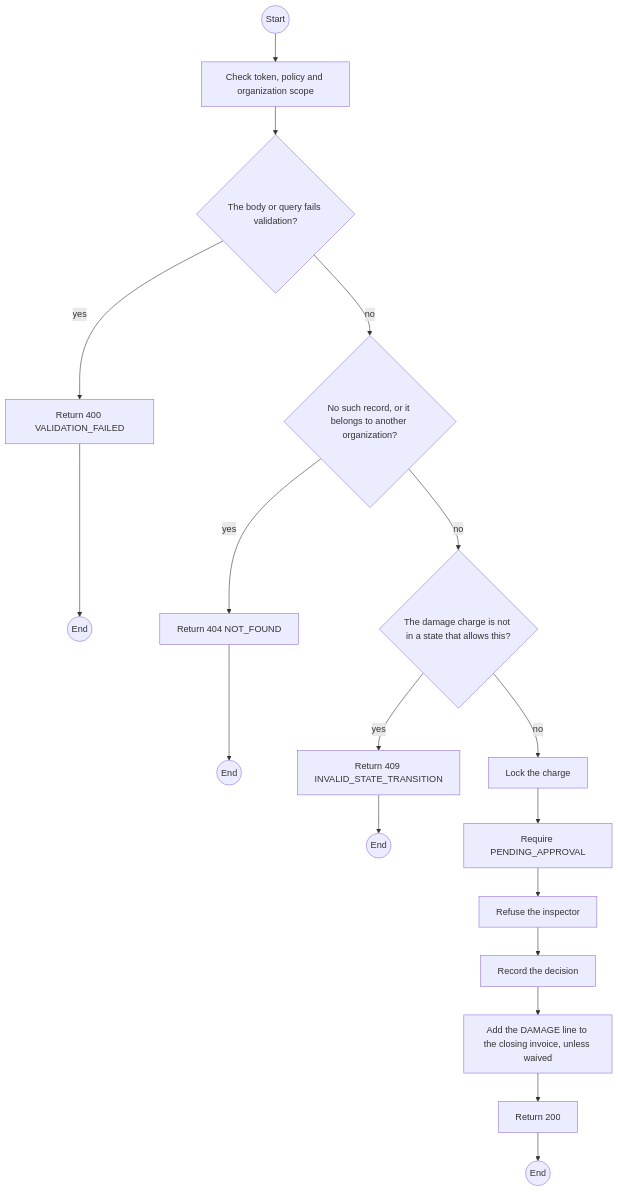
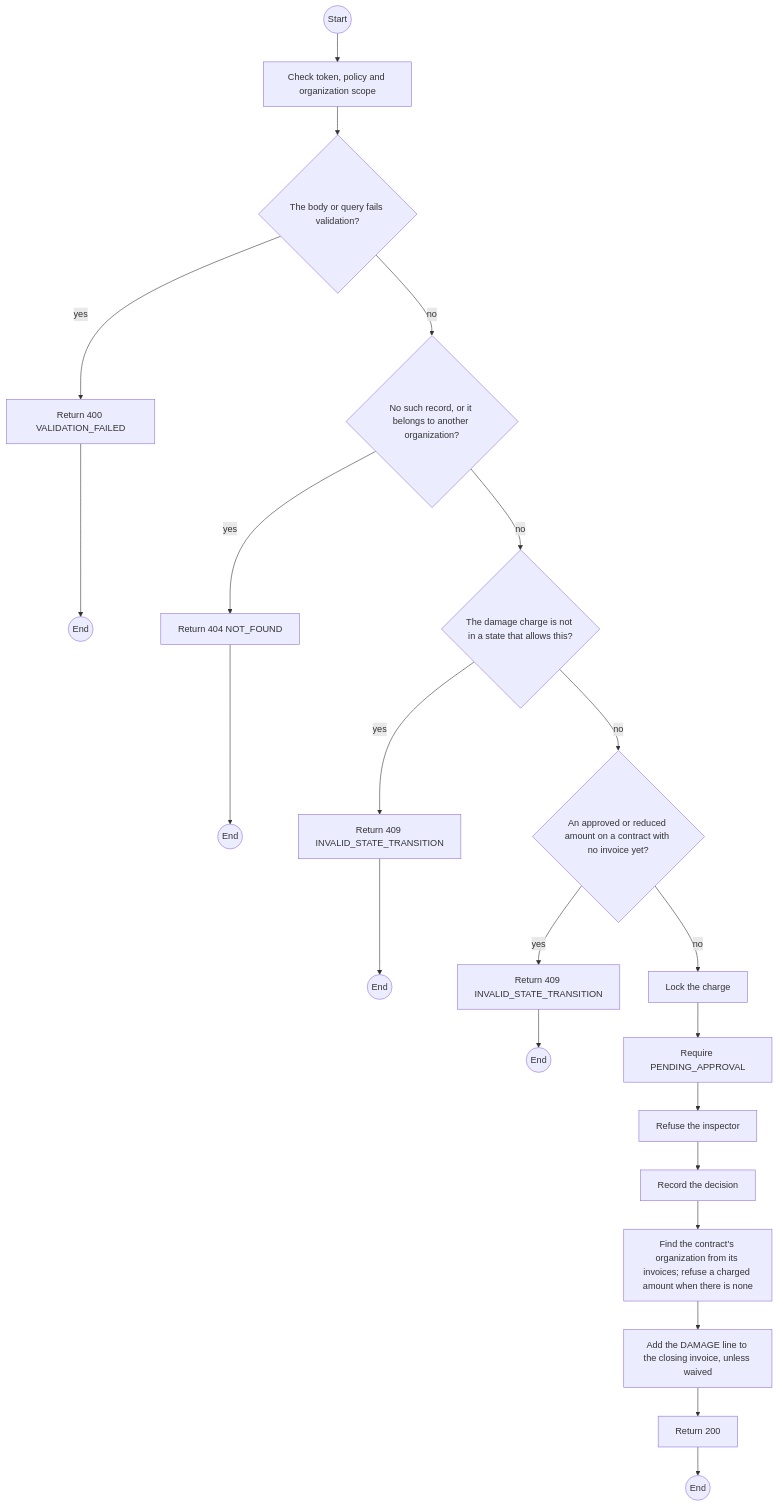
The first of 2 diagrams in specs/billing/api-design/17-post-damage-charges-id-decision.md (TrekLink-Team/treklink-web), drawn with Mermaid before and after one commit. The commit also changed other lines of this file and 2 other files, not shown here.

First line of the commit message:
docs: name the billing reads rentals calls and the no-invoice refusal of a damage decision

````diff
--- a/specs/billing/api-design/17-post-damage-charges-id-decision.md
+++ b/specs/billing/api-design/17-post-damage-charges-id-decision.md
@@ -173,34 +190,41 @@
 ```mermaid
 flowchart TB
     S((Start))
     A0["Check token, policy and organization scope"]
     S --> A0
     D1{"The body or query fails validation?"}
     A0 --> D1
     E1["Return 400 VALIDATION_FAILED"]
     D1 -->|yes| E1
     E1 --> X1((End))
     D2{"No such record, or it belongs to another organization?"}
     D1 -->|no| D2
     E2["Return 404 NOT_FOUND"]
     D2 -->|yes| E2
     E2 --> X2((End))
     D3{"The damage charge is not in a state that allows this?"}
     D2 -->|no| D3
     E3["Return 409 INVALID_STATE_TRANSITION"]
     D3 -->|yes| E3
     E3 --> X3((End))
+    D4{"An approved or reduced amount on a contract with no invoice yet?"}
+    D3 -->|no| D4
+    E4["Return 409 INVALID_STATE_TRANSITION"]
+    D4 -->|yes| E4
+    E4 --> X4((End))
     P0["Lock the charge"]
-    D3 -->|no| P0
+    D4 -->|no| P0
     P1["Require PENDING_APPROVAL"]
     P0 --> P1
     P2["Refuse the inspector"]
     P1 --> P2
     P3["Record the decision"]
     P2 --> P3
-    P4["Add the DAMAGE line to the closing invoice, unless waived"]
+    P4["Find the contract's organization from its invoices; refuse a charged amount when there is none"]
     P3 --> P4
+    P5["Add the DAMAGE line to the closing invoice, unless waived"]
+    P4 --> P5
     OK["Return 200"]
-    P4 --> OK
+    P5 --> OK
     OK --> Z((End))
 ```
````
